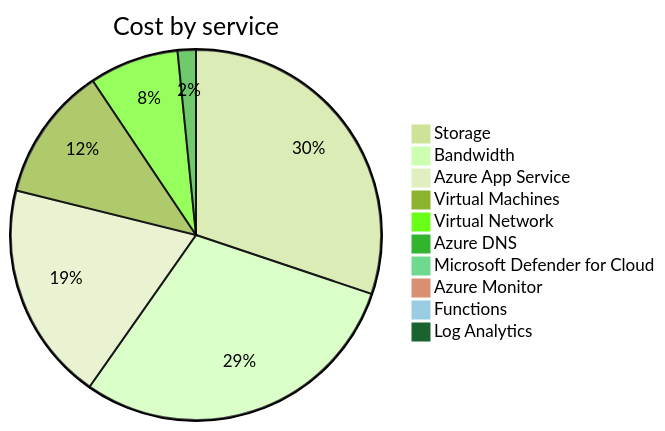
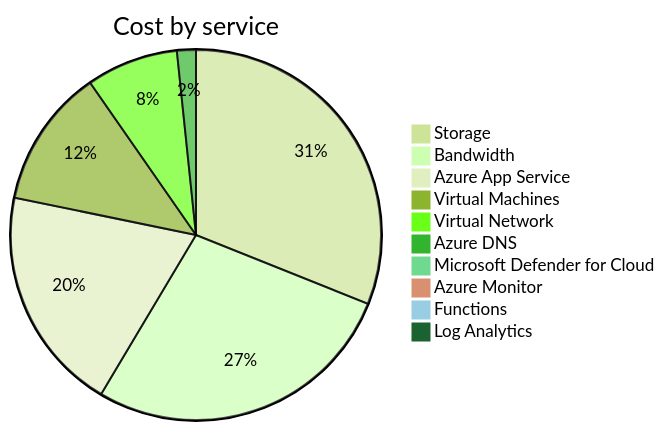
Before and after one commit to jpfulton/azure-personal-reports: the second of 4 diagrams in cost-reports/accumulated-cost.md, drawn with Mermaid (forest theme). The commit also changed other lines of this file and 4 other files, not shown here.

````diff
--- a/cost-reports/accumulated-cost.md
+++ b/cost-reports/accumulated-cost.md
@@ -100,14 +100,14 @@
 ```mermaid
 pie
    title Cost by service
-   "Storage" : 8.32
+   "Storage" : 9.22
    "Bandwidth" : 8.16
-   "Azure App Service" : 5.28
-   "Virtual Machines" : 3.24
-   "Virtual Network" : 2.15
-   "Azure DNS" : 0.44
-   "Microsoft Defender for Cloud" : 0.22
+   "Azure App Service" : 5.84
+   "Virtual Machines" : 3.59
+   "Virtual Network" : 2.38
+   "Azure DNS" : 0.49
+   "Microsoft Defender for Cloud" : 0.25
    "Azure Monitor" : 0.00
    "Functions" : 0.00
    "Log Analytics" : 0.00
 ```
````
